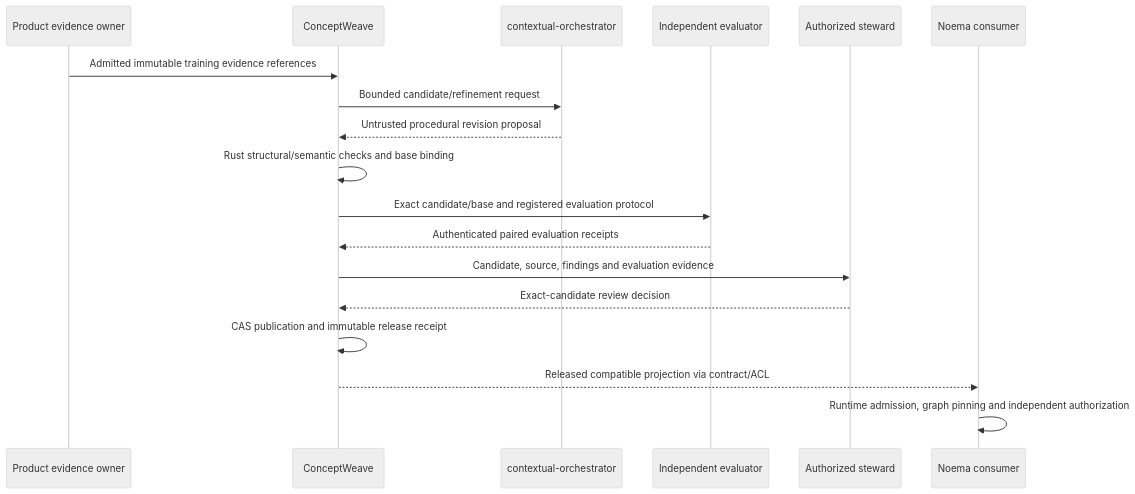
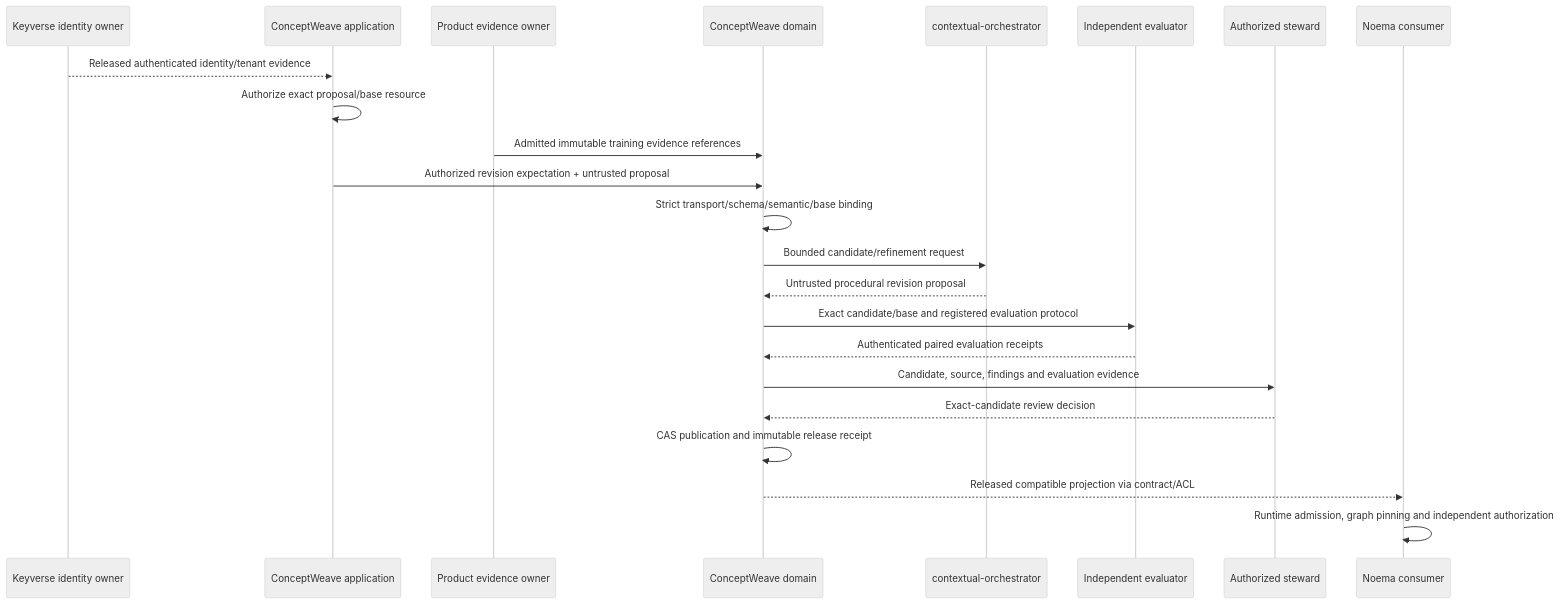
The diagram in docs/adr/pg_20260910_procedural_model_engineering.md (ContextualWisdomLab/ConceptWeave), drawn with Mermaid (neutral theme) before and after one commit. The commit also changed other lines of this file, not shown here.

Commit message:
docs(procedural): reconcile ADR with implemented private Rust seams

````diff
--- a/docs/adr/pg_20260910_procedural_model_engineering.md
+++ b/docs/adr/pg_20260910_procedural_model_engineering.md
@@ -185,20 +209,25 @@
 ```mermaid
 sequenceDiagram
+    participant ID as Keyverse identity owner
+    participant APP as ConceptWeave application
     participant Source as Product evidence owner
-    participant CW as ConceptWeave
+    participant CW as ConceptWeave domain
     participant CO as contextual-orchestrator
     participant EV as Independent evaluator
     participant ST as Authorized steward
     participant NO as Noema consumer
+    ID-->>APP: Released authenticated identity/tenant evidence
+    APP->>APP: Authorize exact proposal/base resource
     Source->>CW: Admitted immutable training evidence references
+    APP->>CW: Authorized revision expectation + untrusted proposal
+    CW->>CW: Strict transport/schema/semantic/base binding
     CW->>CO: Bounded candidate/refinement request
     CO-->>CW: Untrusted procedural revision proposal
-    CW->>CW: Rust structural/semantic checks and base binding
     CW->>EV: Exact candidate/base and registered evaluation protocol
     EV-->>CW: Authenticated paired evaluation receipts
     CW->>ST: Candidate, source, findings and evaluation evidence
     ST-->>CW: Exact-candidate review decision
     CW->>CW: CAS publication and immutable release receipt
     CW-->>NO: Released compatible projection via contract/ACL
     NO->>NO: Runtime admission, graph pinning and independent authorization
 ```
````
